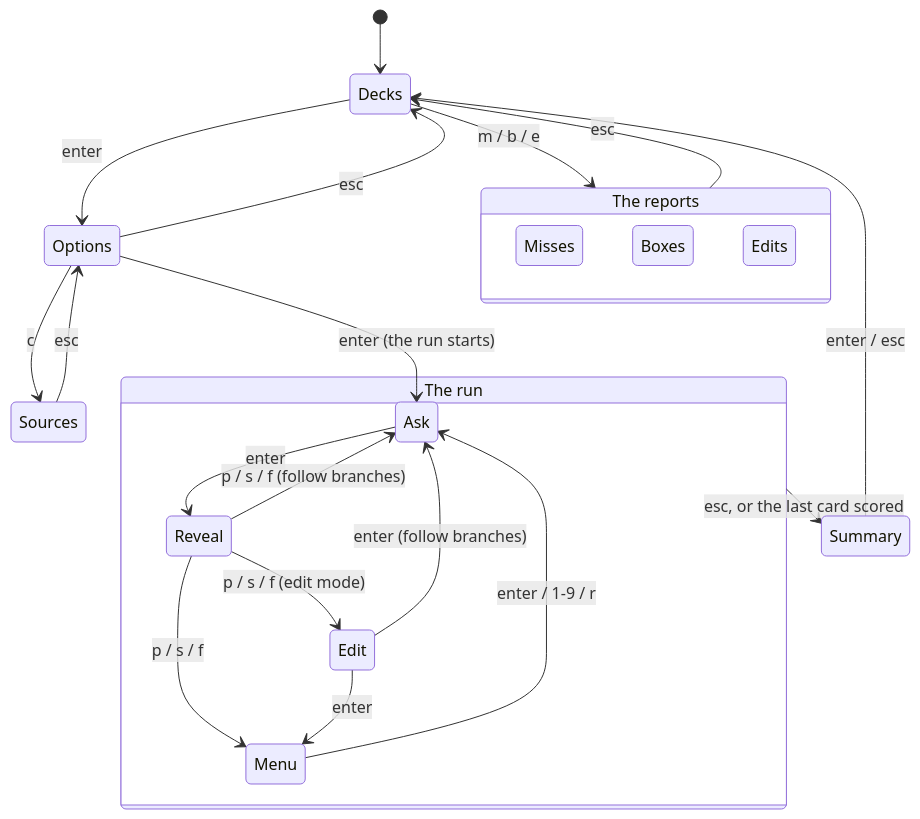
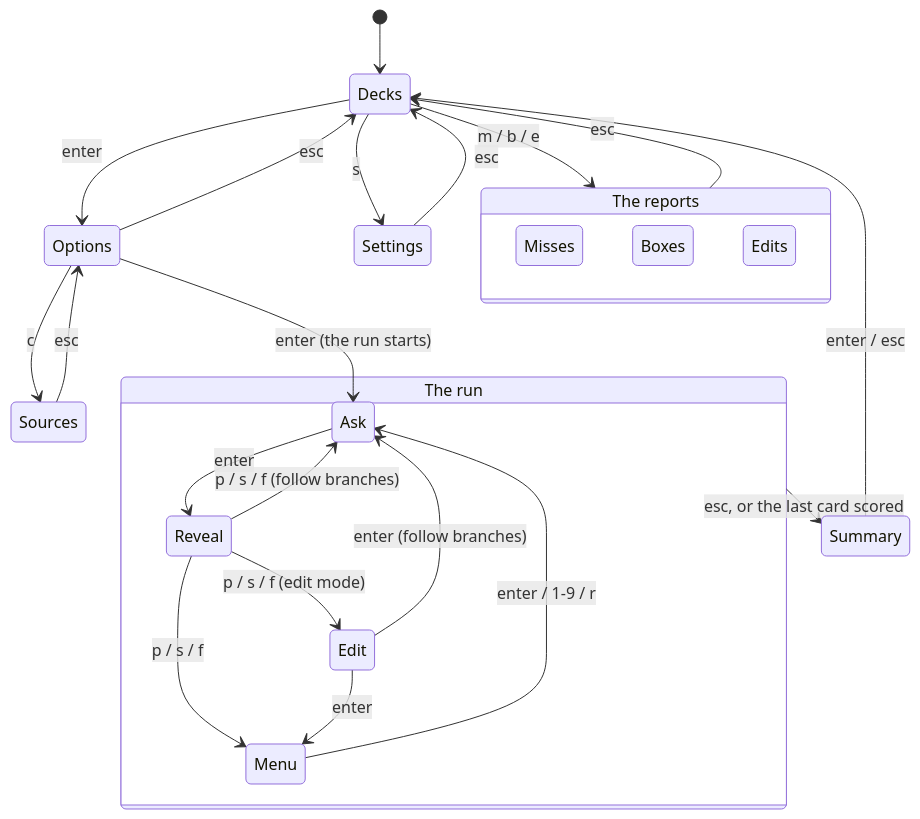
The diagram in docs/tui-flows.md (PseudoApoidean/lernt), drawn with Mermaid before and after one commit. The commit also changed other lines of this file and 5 other files, not shown here.

````diff
--- a/docs/tui-flows.md
+++ b/docs/tui-flows.md
@@ -12,32 +12,34 @@
 ```mermaid
 stateDiagram-v2
     [*] --> Decks
 
     Decks --> Options: enter
+    Decks --> Settings: s
+    Settings --> Decks: esc
     Decks --> Reports: m / b / e
     Reports --> Decks: esc
 
     state "The reports" as Reports {
         Misses
         Boxes
         Edits
     }
 
     Options --> Decks: esc
     Options --> Sources: c
     Sources --> Options: esc
     Options --> Ask: enter (the run starts)
 
     state "The run" as run {
         Ask --> Reveal: enter
         Reveal --> Edit: p / s / f (edit mode)
         Reveal --> Menu: p / s / f
         Reveal --> Ask: p / s / f (follow branches)
         Edit --> Menu: enter
         Edit --> Ask: enter (follow branches)
         Menu --> Ask: enter / 1-9 / r
     }
 
     run --> Summary: esc, or the last card scored
     Summary --> Decks: enter / esc
 ```
````
